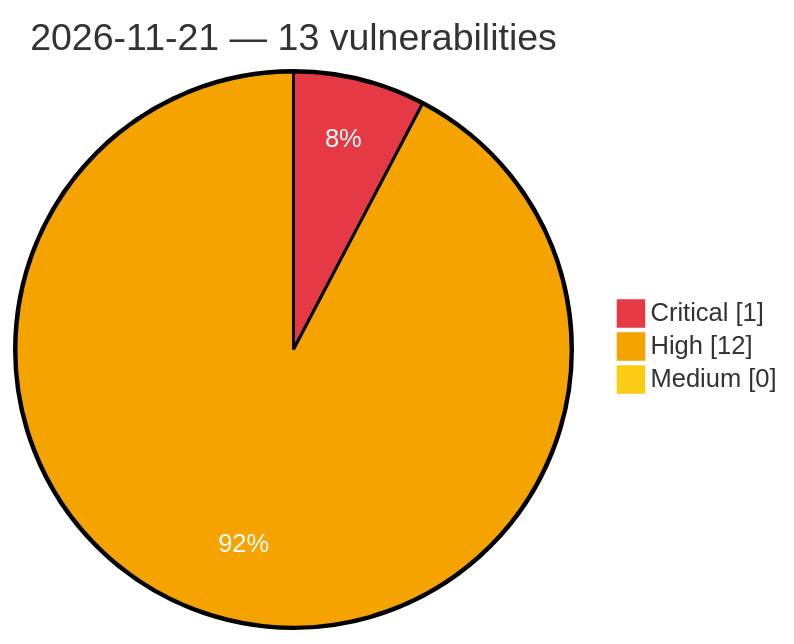
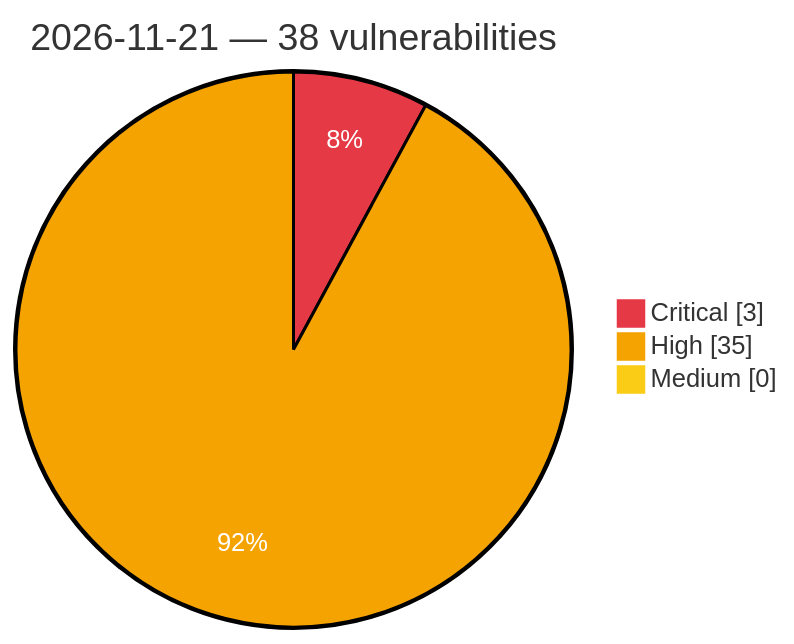
One commit to GhostX0X/vuln-tracker changed the diagram in vulnerabilities/2026/November/2026-11-21.md. Above: the diagram before and after it, drawn with Mermaid. The commit also changed other lines of this file and 5 other files, not shown here.

Commit message:
Auto update: critical/high vulns (2026-11-21 21:10 UTC)

````diff
--- a/vulnerabilities/2026/November/2026-11-21.md
+++ b/vulnerabilities/2026/November/2026-11-21.md
@@ -3,8 +3,8 @@
 ```mermaid
 %%{init: {'theme':'base', 'themeVariables': {'pie1':'#e63946', 'pie2':'#f4a300', 'pie3':'#facc15', 'pieOpacity':'1', 'pieOuterStrokeWidth':'2px', 'pieSectionTextColor':'#ffffff'}}}%%
 pie showData
-    title 2026-11-21 — 13 vulnerabilities
-    "Critical" : 1
-    "High" : 12
+    title 2026-11-21 — 38 vulnerabilities
+    "Critical" : 3
+    "High" : 35
     "Medium" : 0
 ```
````
